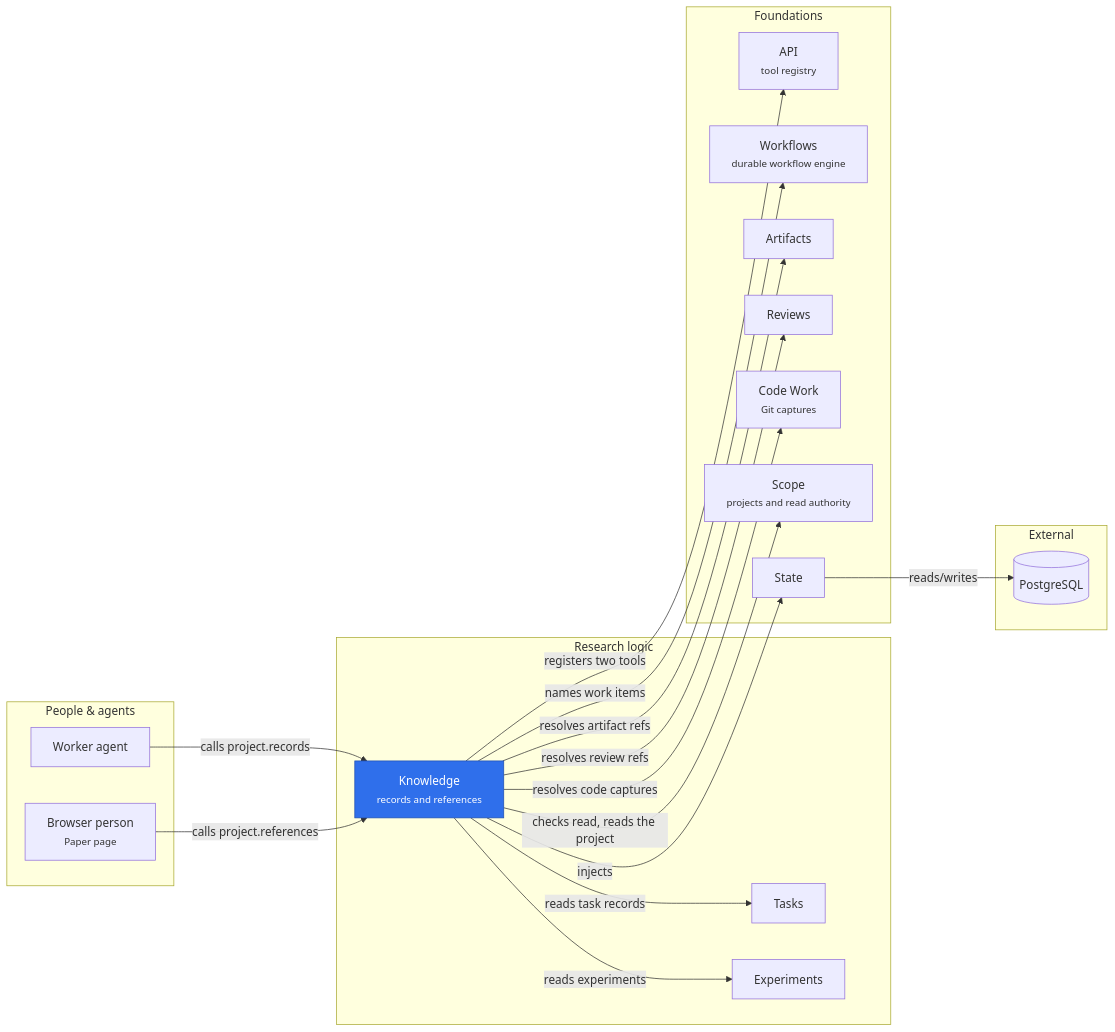
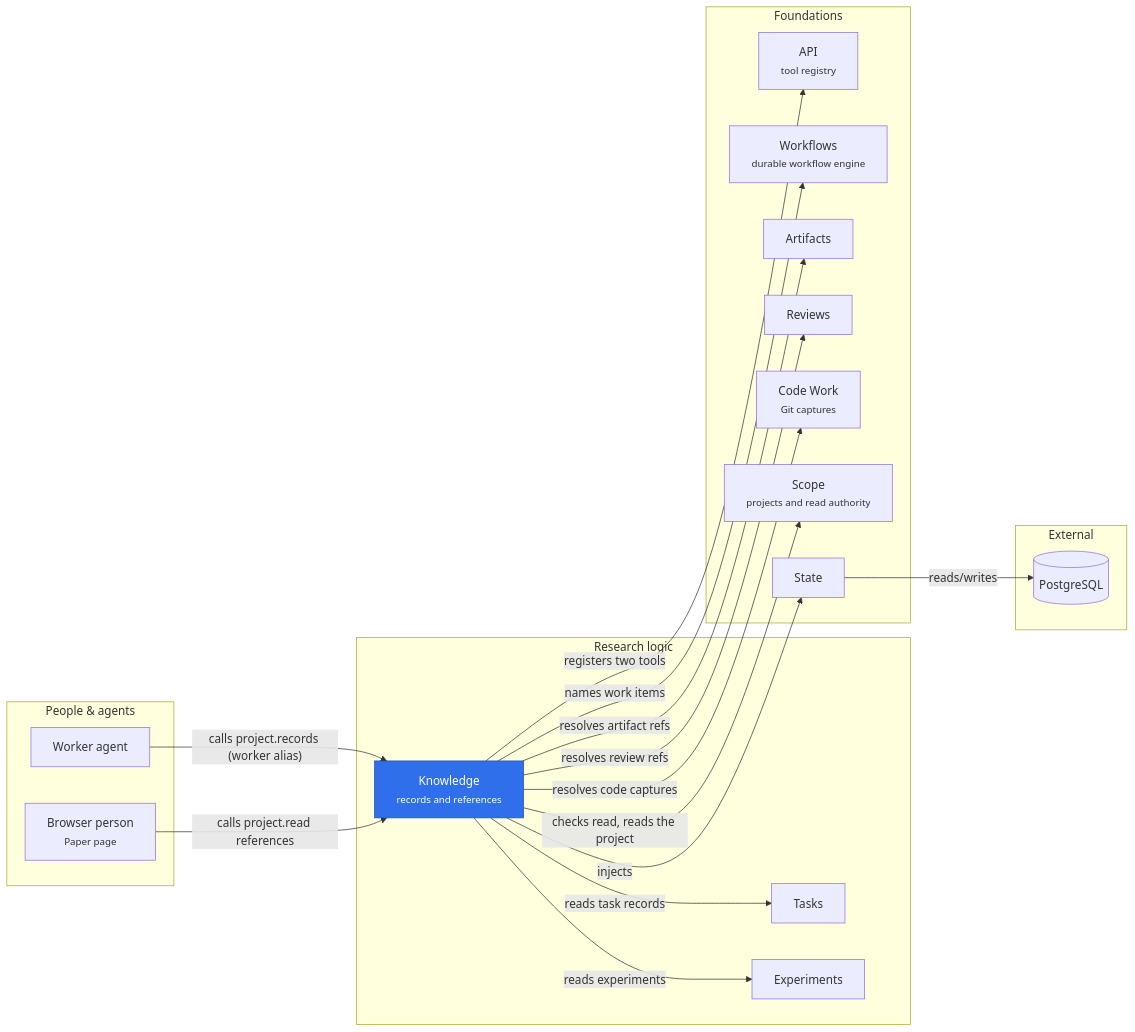
Before and after one commit to rapidreview-io/Merv: the diagram in merv-typescript/packages/knowledge/README.md, drawn with Mermaid. The commit also changed other lines of this file and 40 other files, not shown here.

````diff
--- a/merv-typescript/packages/knowledge/README.md
+++ b/merv-typescript/packages/knowledge/README.md
@@ -10,38 +14,38 @@
 ```mermaid
 flowchart LR
   subgraph people["People & agents"]
     browser["Browser person<br/><small>Paper page</small>"]
     worker["Worker agent"]
   end
   subgraph logic["Research logic"]
     knowledge["Knowledge<br/><small>records and references</small>"]
     tasks["Tasks"]
     experiments["Experiments"]
   end
   subgraph foundations["Foundations"]
     api["API<br/><small>tool registry</small>"]
     workflows["Workflows<br/><small>durable workflow engine</small>"]
     artifacts["Artifacts"]
     reviews["Reviews"]
     codeWork["Code Work<br/><small>Git captures</small>"]
     scope["Scope<br/><small>projects and read authority</small>"]
     state["State"]
   end
   subgraph external["External"]
     postgres[("PostgreSQL")]
   end
-  worker -- "calls project.records" --> knowledge
-  browser -- "calls project.references" --> knowledge
+  worker -- "calls project.records (worker alias)" --> knowledge
+  browser -- "calls project.read references" --> knowledge
   knowledge -- "registers two tools" --> api
   knowledge -- "reads task records" --> tasks
   knowledge -- "reads experiments" --> experiments
   knowledge -- "names work items" --> workflows
   knowledge -- "resolves artifact refs" --> artifacts
   knowledge -- "resolves review refs" --> reviews
   knowledge -- "resolves code captures" --> codeWork
   knowledge -- "checks read, reads the project" --> scope
   knowledge -- "injects" --> state
   state -- "reads/writes" --> postgres
   class knowledge self
   classDef self fill:#2f6feb,color:#fff,stroke:#1f4fb0
 ```
````
